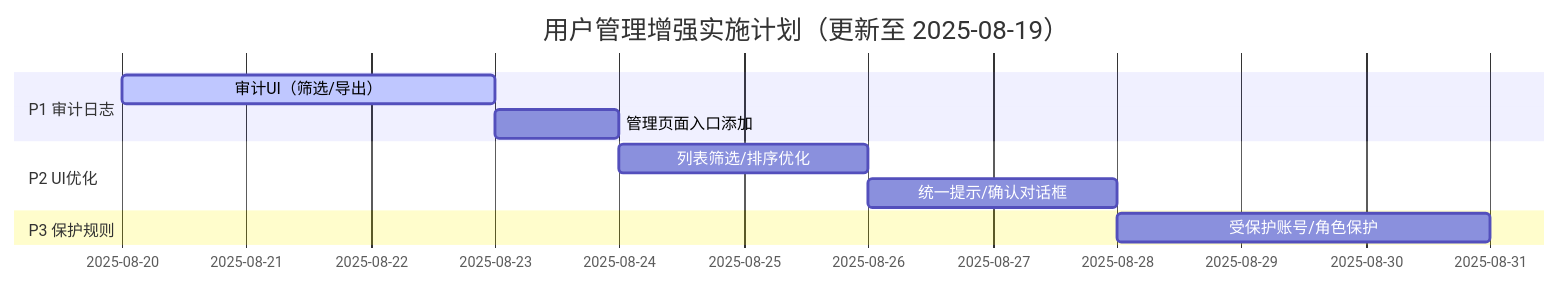
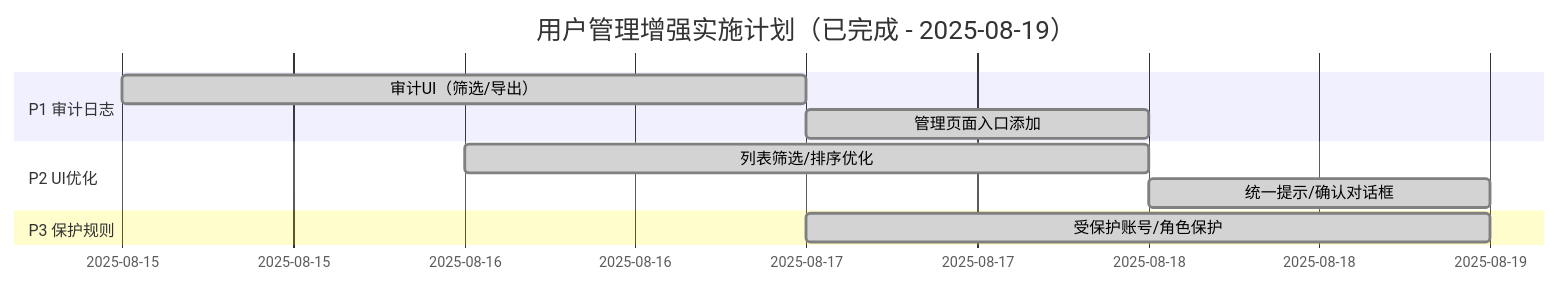
Before and after one commit to onecoin9/Constantine-projects: the diagram in docs/progress/UserManagement_Enhancement_Plan.md, drawn with Mermaid. The commit also changed other lines of this file and 1 other file, not shown here.

````diff
--- a/docs/progress/UserManagement_Enhancement_Plan.md
+++ b/docs/progress/UserManagement_Enhancement_Plan.md
@@ -135,16 +140,16 @@
 ```mermaid
 gantt
   dateFormat  YYYY-MM-DD
-  title 用户管理增强实施计划（更新至 2025-08-19）
+  title 用户管理增强实施计划（已完成 - 2025-08-19）
 
   section P1 审计日志
-  审计UI（筛选/导出）    :active,  p1a, 2025-08-20, 3d
-  管理页面入口添加        :        p1b, after p1a, 1d
+  审计UI（筛选/导出）    :done,  p1a, 2025-08-15, 2025-08-17
+  管理页面入口添加        :done,  p1b, 2025-08-17, 2025-08-18
 
   section P2 UI优化
-  列表筛选/排序优化       :        ui1, 2025-08-24, 2d
-  统一提示/确认对话框     :        ui2, after ui1, 2d
+  列表筛选/排序优化       :done,  ui1, 2025-08-16, 2025-08-18
+  统一提示/确认对话框     :done,  ui2, 2025-08-18, 2025-08-19
 
   section P3 保护规则
-  受保护账号/角色保护     :        p3a, 2025-08-28, 3d
+  受保护账号/角色保护     :done,  p3a, 2025-08-17, 2025-08-19
 ```
````
